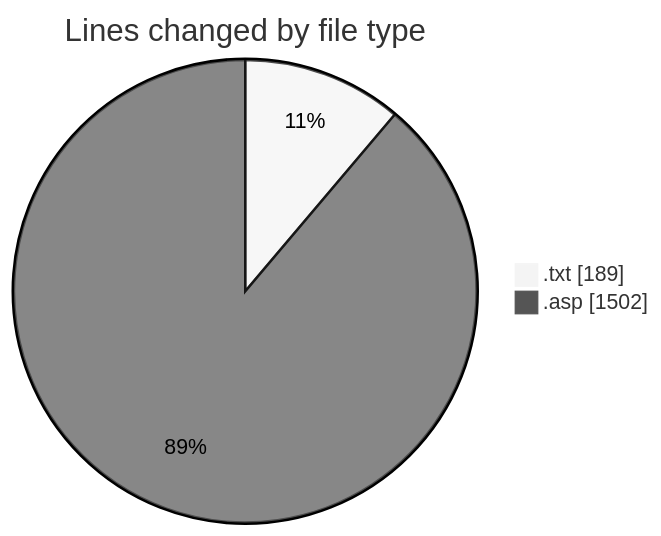
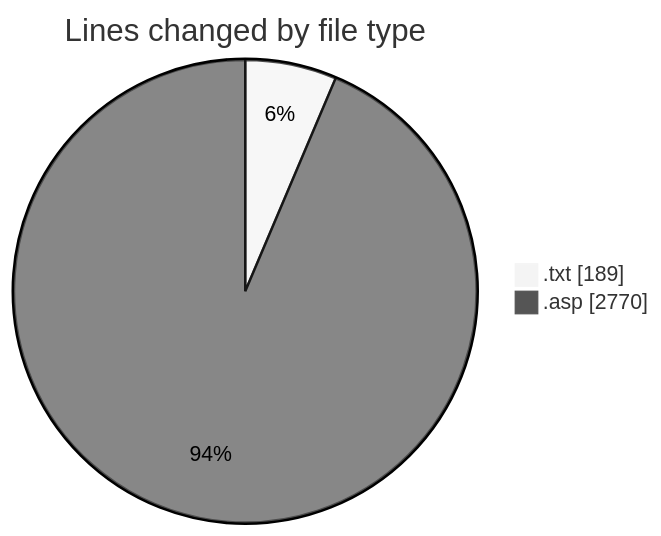
The first of 2 diagrams in 2025-11-07/cdp_aleoudev_fr__workspace_/README.md (julien-gomy/code-tracking), drawn with Mermaid (neutral theme) before and after one commit. The commit also changed other lines of this file and 1 other file, not shown here.

````diff
--- a/2025-11-07/cdp_aleoudev_fr__workspace_/README.md
+++ b/2025-11-07/cdp_aleoudev_fr__workspace_/README.md
@@ -22,6 +23,6 @@
 ```mermaid
 pie showData
 title Lines changed by file type
 ".txt" : 189
-".asp" : 1502
+".asp" : 2770
 ```
````
